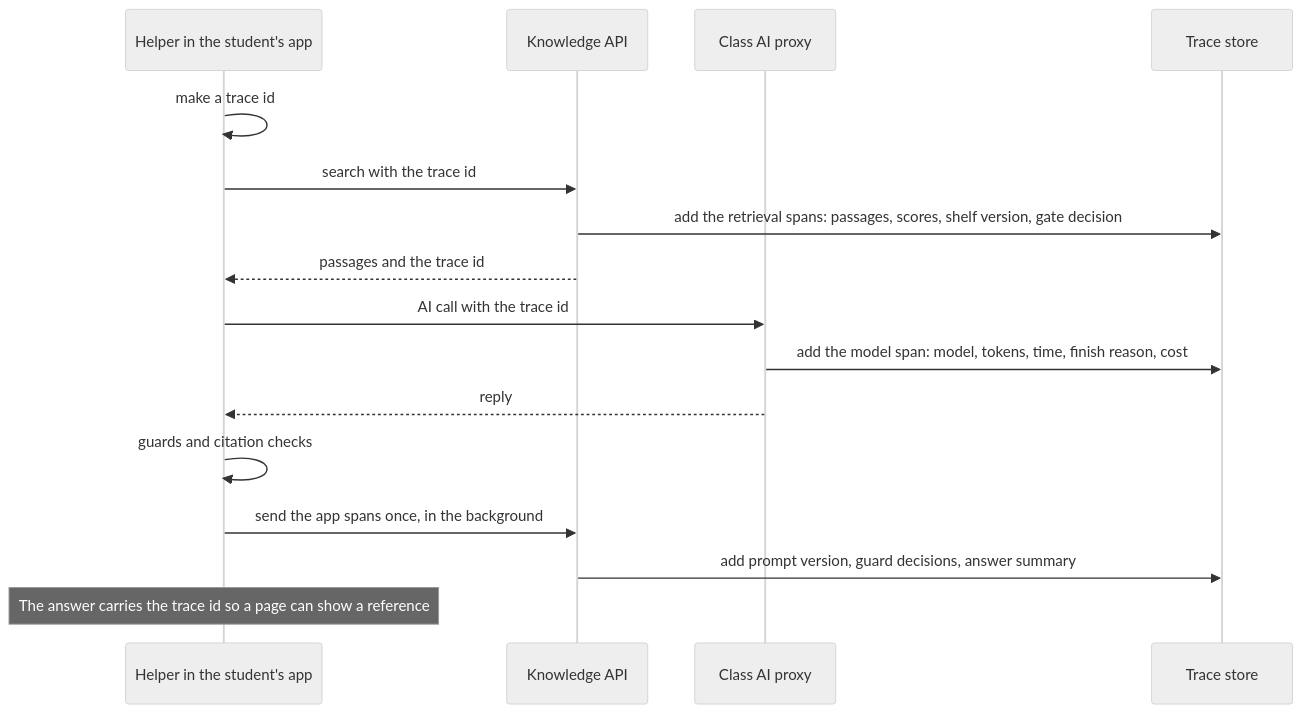
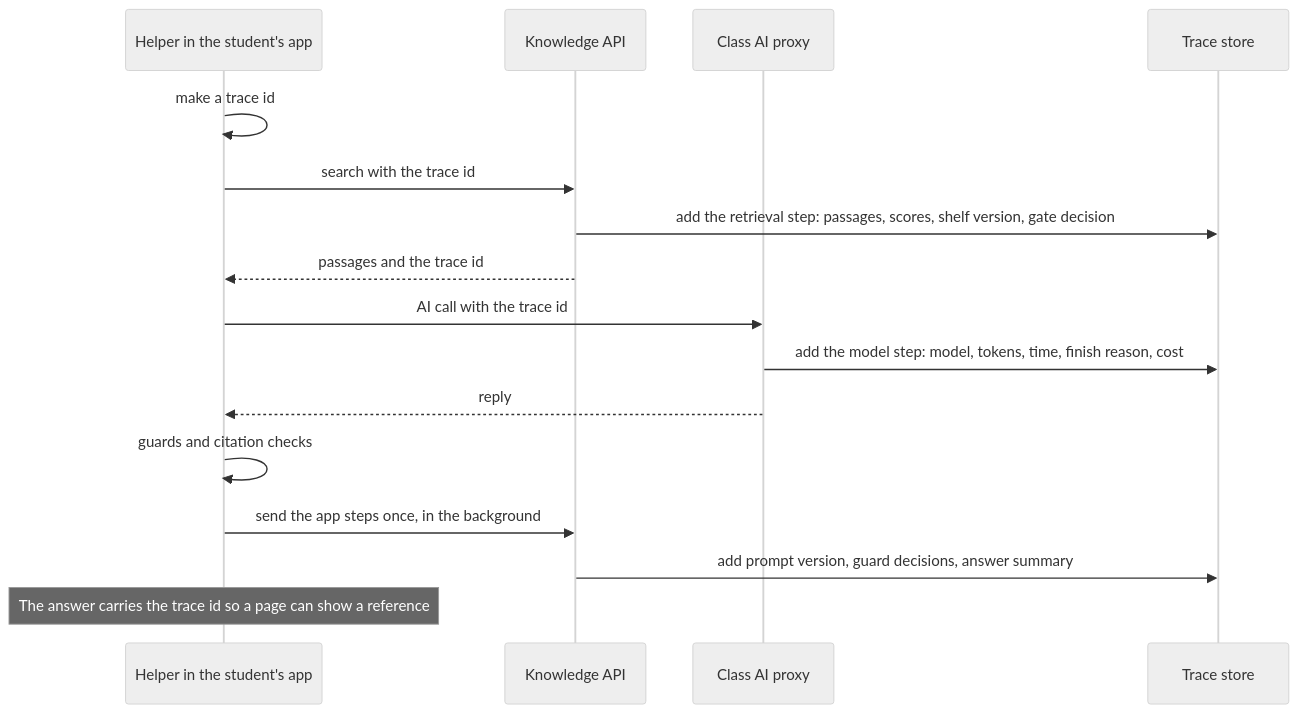
The second of 2 diagrams in docs/TRACEABILITY_PLAN.md (abhtft/class-hosting-platform), drawn with Mermaid (neutral theme) before and after one commit. The commit also changed other lines of this file and 2 other files, not shown here.

Commit message:
Docs: traceability plan updated by owner decisions (90 days retention for everything, teacher reminders and one download for all apps, student view of own app's traces with a per-student toggle) and a cost correction (one small item per step instead of one growing item)

````diff
--- a/docs/TRACEABILITY_PLAN.md
+++ b/docs/TRACEABILITY_PLAN.md
@@ -74,18 +79,18 @@
 ```mermaid
 sequenceDiagram
     participant H as Helper in the student's app
     participant K as Knowledge API
     participant A as Class AI proxy
     participant S as Trace store
     H->>H: make a trace id
     H->>K: search with the trace id
-    K->>S: add the retrieval spans: passages, scores, shelf version, gate decision
+    K->>S: add the retrieval step: passages, scores, shelf version, gate decision
     K-->>H: passages and the trace id
     H->>A: AI call with the trace id
-    A->>S: add the model span: model, tokens, time, finish reason, cost
+    A->>S: add the model step: model, tokens, time, finish reason, cost
     A-->>H: reply
     H->>H: guards and citation checks
-    H->>K: send the app spans once, in the background
+    H->>K: send the app steps once, in the background
     K->>S: add prompt version, guard decisions, answer summary
     Note over H: The answer carries the trace id so a page can show a reference
 ```
````
